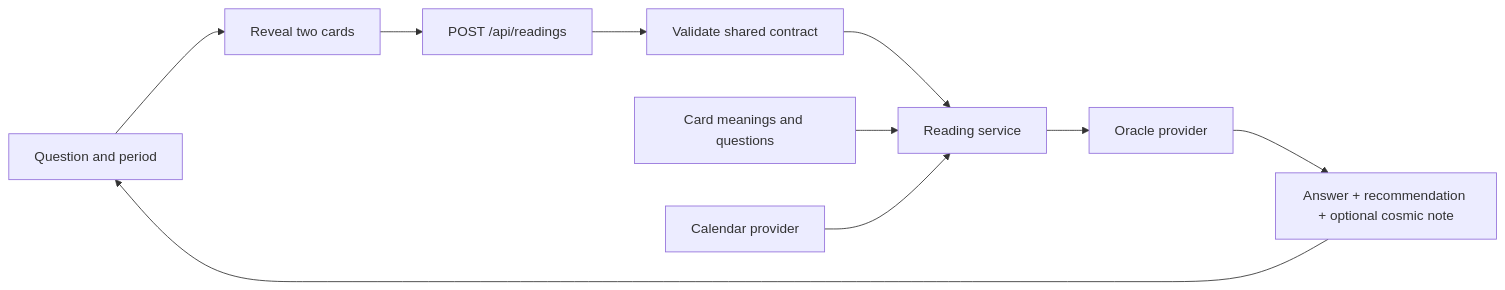
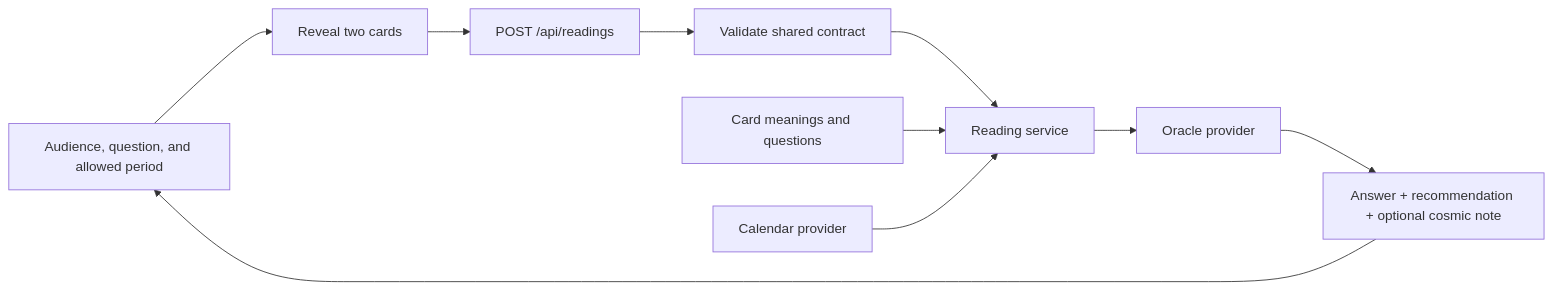
One commit to dariasolomina-oss/Hackathon-Malina-oct changed the diagram in docs/architecture.md. Above: the diagram before and after it, drawn with Mermaid. The commit also changed other lines of this file and 8 other files, not shown here.

Commit message:
Update requirements for two audiences, fixed periods, and shared 32-card deck

````diff
--- a/docs/architecture.md
+++ b/docs/architecture.md
@@ -11,12 +17,12 @@
 ```mermaid
 flowchart LR
-  UI[Question and period] --> Deck[Reveal two cards]
+  UI[Audience, question, and allowed period] --> Deck[Reveal two cards]
   Deck --> API[POST /api/readings]
   API --> Validate[Validate shared contract]
   Validate --> Service[Reading service]
   Content[Card meanings and questions] --> Service
   Calendar[Calendar provider] --> Service
   Service --> Oracle[Oracle provider]
   Oracle --> Result[Answer + recommendation + optional cosmic note]
   Result --> UI
 ```
````
